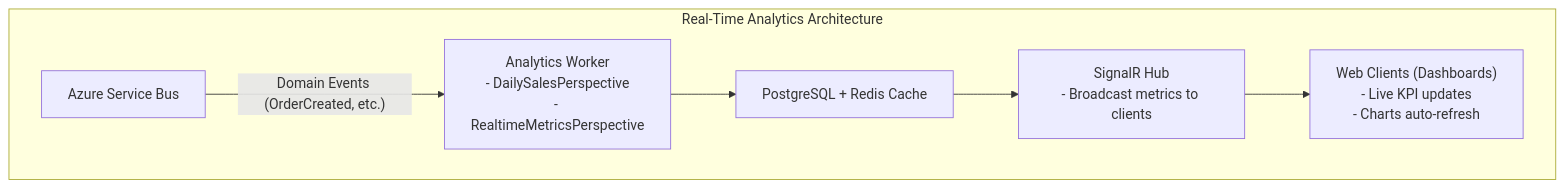
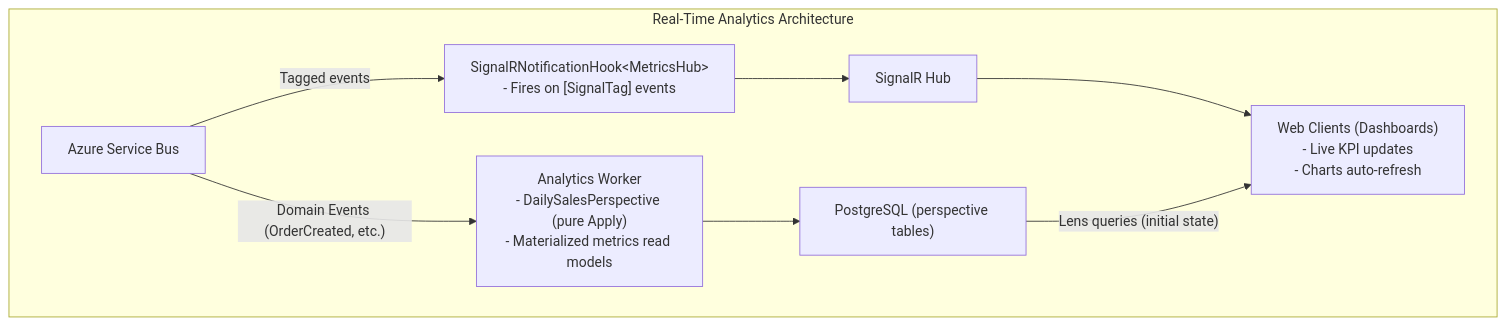
The diagram in src/assets/docs/v1.0.0/learn/examples/real-time-analytics.md (whizbang-lib/whizbang-lib.github.io), drawn with Mermaid before and after one commit. The commit also changed other lines of this file and 48 other files, not shown here.

````diff
--- a/src/assets/docs/v1.0.0/learn/examples/real-time-analytics.md
+++ b/src/assets/docs/v1.0.0/learn/examples/real-time-analytics.md
@@ -30,20 +43,23 @@
 ```mermaid
 flowchart TD
     subgraph RTA["Real-Time Analytics Architecture"]
         ASB["Azure Service Bus"]
-        Worker["Analytics Worker<br/>- DailySalesPerspective<br/>- RealtimeMetricsPerspective"]
-        Storage["PostgreSQL + Redis Cache"]
-        Hub["SignalR Hub<br/>- Broadcast metrics to clients"]
+        Worker["Analytics Worker<br/>- DailySalesPerspective (pure Apply)<br/>- Materialized metrics read models"]
+        Storage["PostgreSQL (perspective tables)"]
+        Hook["SignalRNotificationHook&lt;MetricsHub&gt;<br/>- Fires on [SignalTag] events"]
+        Hub["SignalR Hub"]
         Clients["Web Clients (Dashboards)<br/>- Live KPI updates<br/>- Charts auto-refresh"]
 
         ASB -->|"Domain Events (OrderCreated, etc.)"| Worker
         Worker --> Storage
-        Storage --> Hub
+        ASB -->|"Tagged events"| Hook
+        Hook --> Hub
         Hub --> Clients
+        Storage -->|"Lens queries (initial state)"| Clients
     end
 
     class ASB layer-command
     class Worker layer-read
     class Storage layer-event
-    class Hub,Clients layer-core
+    class Hook,Hub,Clients layer-core
 ```
````
